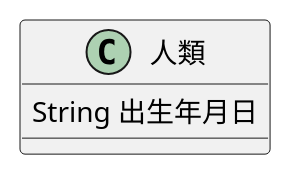
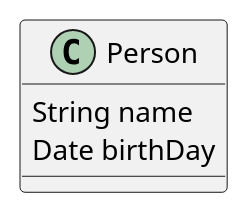
The first of 2 diagrams in oop/class.md (lyhcode/oosad), drawn with PlantUML before and after one commit. The commit also changed other lines of this file and 18 other files, not shown here.

````diff
--- a/oop/class.md
+++ b/oop/class.md
@@ -7,7 +9,8 @@
 ```uml
 @startuml
-Class 人類 {
-    String 出生年月日
+Class Person {
+    String name
+    Date birthDay
 }
 @enduml
 ```
````
